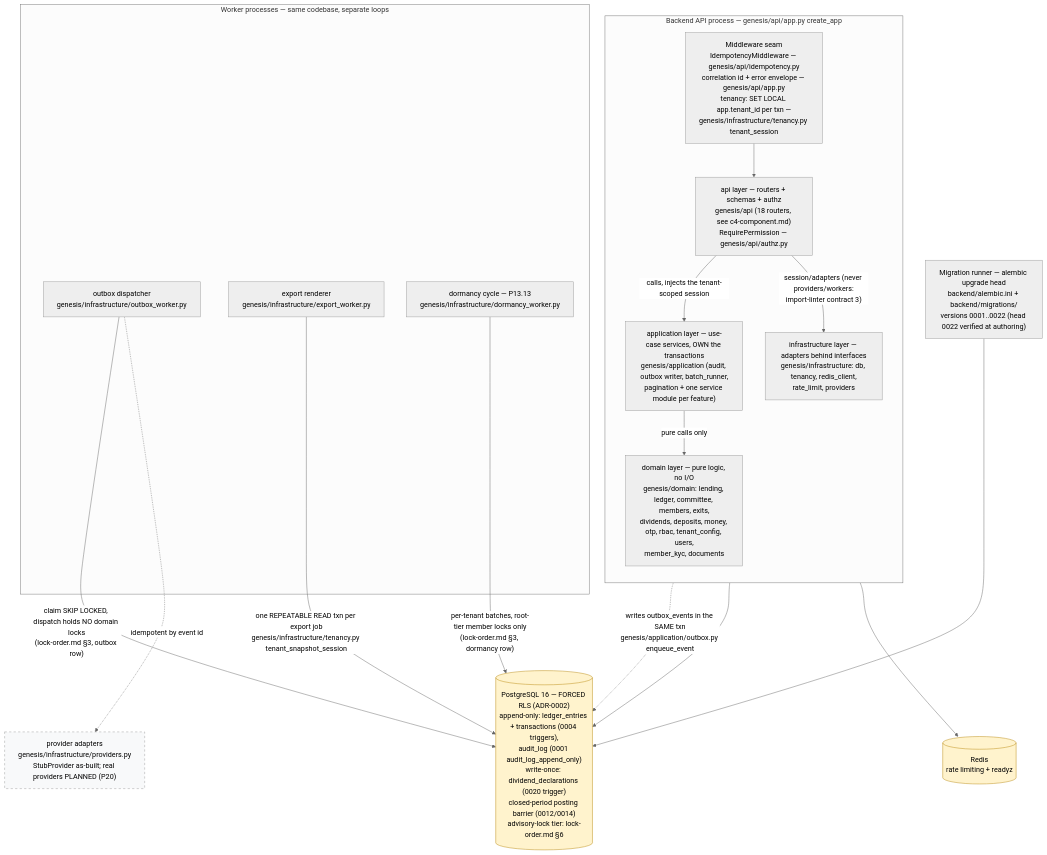
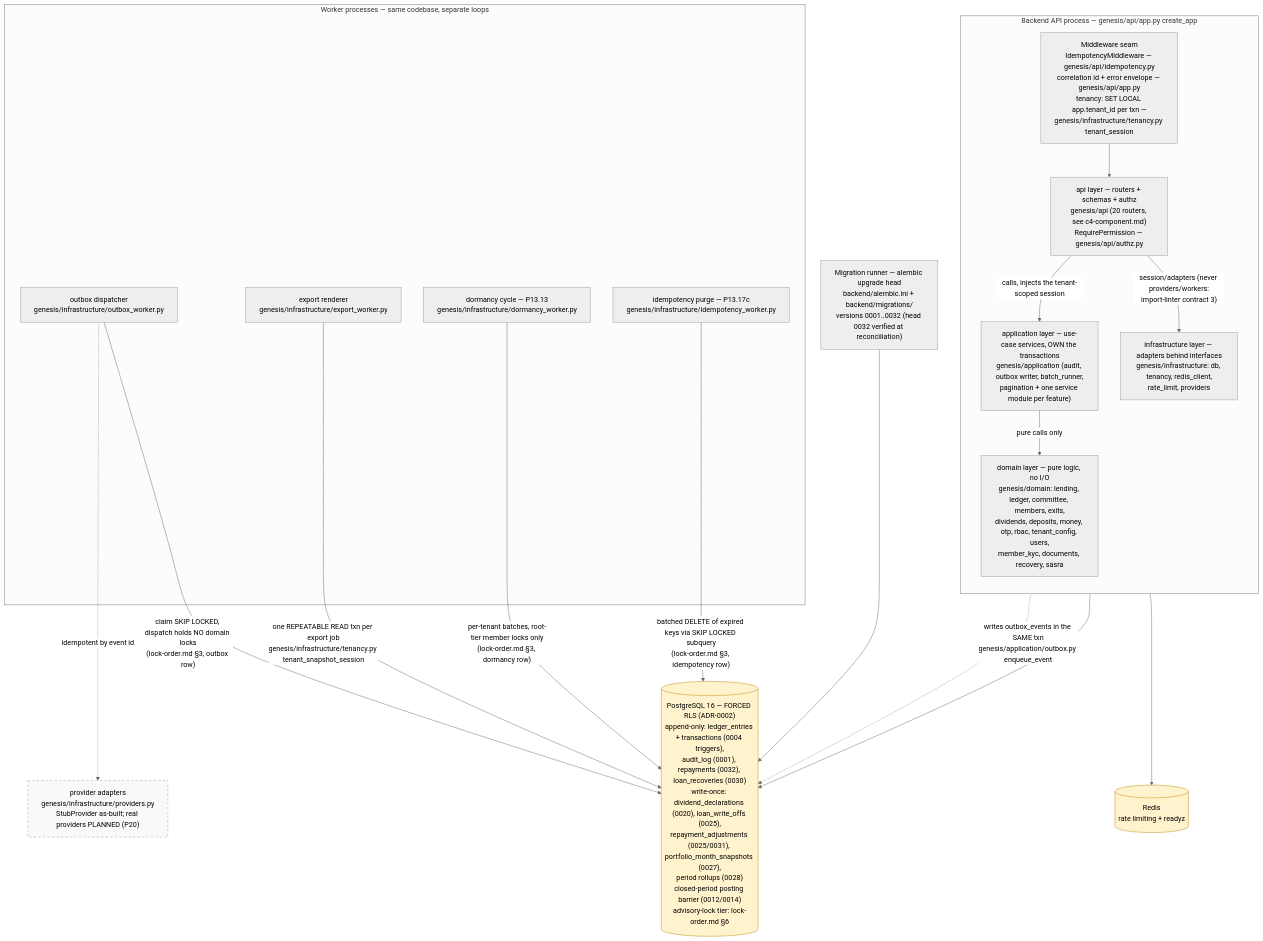
Before and after one commit to Benson-Kim/genesis-sacco: the diagram in docs/diagrams/c4-container.md, drawn with Mermaid (neutral theme). The commit also changed other lines of this file and 1 other file, not shown here.

First line of the commit message:
docs(diagrams): C4 L1/L2 — head 0032, fourth worker loop, 0025-0032 store properties

````diff
--- a/docs/diagrams/c4-container.md
+++ b/docs/diagrams/c4-container.md
@@ -21,43 +25,45 @@
 ```mermaid
 flowchart TB
     %% Authored against main @ 08541b860f1445b16c342c39b6606d86b9dbeb17
     %% L2 containers — layering per backend/pyproject.toml [tool.importlinter].
 
     subgraph BE["Backend API process — genesis/api/app.py create_app"]
         direction TB
         MW["Middleware seam<br/>IdempotencyMiddleware — genesis/api/idempotency.py<br/>correlation id + error envelope — genesis/api/app.py<br/>tenancy: SET LOCAL app.tenant_id per txn —<br/>genesis/infrastructure/tenancy.py tenant_session"]
-        APIL["api layer — routers + schemas + authz<br/>genesis/api (18 routers, see c4-component.md)<br/>RequirePermission — genesis/api/authz.py"]
+        APIL["api layer — routers + schemas + authz<br/>genesis/api (20 routers, see c4-component.md)<br/>RequirePermission — genesis/api/authz.py"]
         APPL["application layer — use-case services, OWN the transactions<br/>genesis/application (audit, outbox writer, batch_runner,<br/>pagination + one service module per feature)"]
-        DOM["domain layer — pure logic, no I/O<br/>genesis/domain: lending, ledger, committee, members, exits,<br/>dividends, deposits, money, otp, rbac, tenant_config, users,<br/>member_kyc, documents"]
+        DOM["domain layer — pure logic, no I/O<br/>genesis/domain: lending, ledger, committee, members, exits,<br/>dividends, deposits, money, otp, rbac, tenant_config, users,<br/>member_kyc, documents, recovery, sasra"]
         INF["infrastructure layer — adapters behind interfaces<br/>genesis/infrastructure: db, tenancy, redis_client,<br/>rate_limit, providers"]
         MW --> APIL
         APIL -->|"calls, injects the tenant-scoped session"| APPL
         APPL -->|"pure calls only"| DOM
         APIL -->|"session/adapters (never providers/workers:<br/>import-linter contract 3)"| INF
     end
 
     subgraph WK["Worker processes — same codebase, separate loops"]
         OBW["outbox dispatcher<br/>genesis/infrastructure/outbox_worker.py"]
         EXW["export renderer<br/>genesis/infrastructure/export_worker.py"]
         DMW["dormancy cycle — P13.13<br/>genesis/infrastructure/dormancy_worker.py"]
+        IDW["idempotency purge — P13.17c<br/>genesis/infrastructure/idempotency_worker.py"]
     end
 
-    MIG["Migration runner — alembic upgrade head<br/>backend/alembic.ini + backend/migrations/<br/>versions 0001..0022 (head 0022 verified at authoring)"]
+    MIG["Migration runner — alembic upgrade head<br/>backend/alembic.ini + backend/migrations/<br/>versions 0001..0032 (head 0032 verified at reconciliation)"]
 
-    PG[("PostgreSQL 16 — FORCED RLS (ADR-0002)<br/>append-only: ledger_entries + transactions (0004 triggers),<br/>audit_log (0001 audit_log_append_only)<br/>write-once: dividend_declarations (0020 trigger)<br/>closed-period posting barrier (0012/0014)<br/>advisory-lock tier: lock-order.md §6")]
+    PG[("PostgreSQL 16 — FORCED RLS (ADR-0002)<br/>append-only: ledger_entries + transactions (0004 triggers),<br/>audit_log (0001), repayments (0032), loan_recoveries (0030)<br/>write-once: dividend_declarations (0020), loan_write_offs (0025),<br/>repayment_adjustments (0025/0031), portfolio_month_snapshots (0027),<br/>period rollups (0028)<br/>closed-period posting barrier (0012/0014)<br/>advisory-lock tier: lock-order.md §6")]
     RD[("Redis<br/>rate limiting + readyz")]
 
     APPL -.->|"writes outbox_events in the SAME txn<br/>genesis/application/outbox.py enqueue_event"| PG
     INF --> PG
     INF --> RD
     OBW -->|"claim SKIP LOCKED, dispatch holds NO domain locks<br/>(lock-order.md §3, outbox row)"| PG
     EXW -->|"one REPEATABLE READ txn per export job<br/>genesis/infrastructure/tenancy.py tenant_snapshot_session"| PG
     DMW -->|"per-tenant batches, root-tier member locks only<br/>(lock-order.md §3, dormancy row)"| PG
+    IDW -->|"batched DELETE of expired keys via SKIP LOCKED subquery<br/>(lock-order.md §3, idempotency row)"| PG
     OBW -.->|"idempotent by event id"| PROV["provider adapters<br/>genesis/infrastructure/providers.py<br/>StubProvider as-built; real providers PLANNED (P20)"]
     MIG --> PG
 
     classDef store fill:#fff3cd,stroke:#b8860b;
     class PG,RD store;
     classDef planned fill:#f8f9fa,stroke:#999,stroke-dasharray: 5 5;
     class PROV planned;
 ```
````
